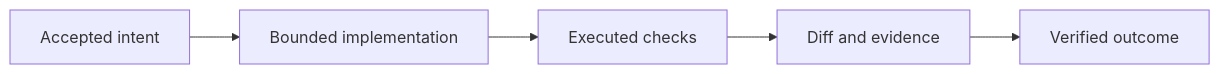
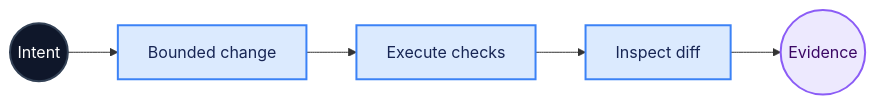
Before and after one commit to rmjosea/agentic-sdlc-kit: the first of 4 diagrams in README.md, drawn with Mermaid. The commit also changed other lines of this file and 1 other file, not shown here.

````diff
--- a/README.md
+++ b/README.md
@@ -34,7 +34,14 @@
 ```mermaid
 flowchart LR
-    A["Accepted intent"] --> B["Bounded implementation"]
-    B --> C["Executed checks"]
-    C --> D["Diff and evidence"]
-    D --> E["Verified outcome"]
+    A(("Intent")) --> B["Bounded change"]
+    B --> C["Execute checks"]
+    C --> D["Inspect diff"]
+    D --> E(("Evidence"))
+
+    classDef anchor fill:#0f172a,color:#ffffff,stroke:#334155,stroke-width:2px;
+    classDef action fill:#dbeafe,color:#172554,stroke:#3b82f6,stroke-width:2px;
+    classDef proof fill:#ede9fe,color:#3b0764,stroke:#8b5cf6,stroke-width:2px;
+    class A anchor;
+    class B,C,D action;
+    class E proof;
 ```
````
